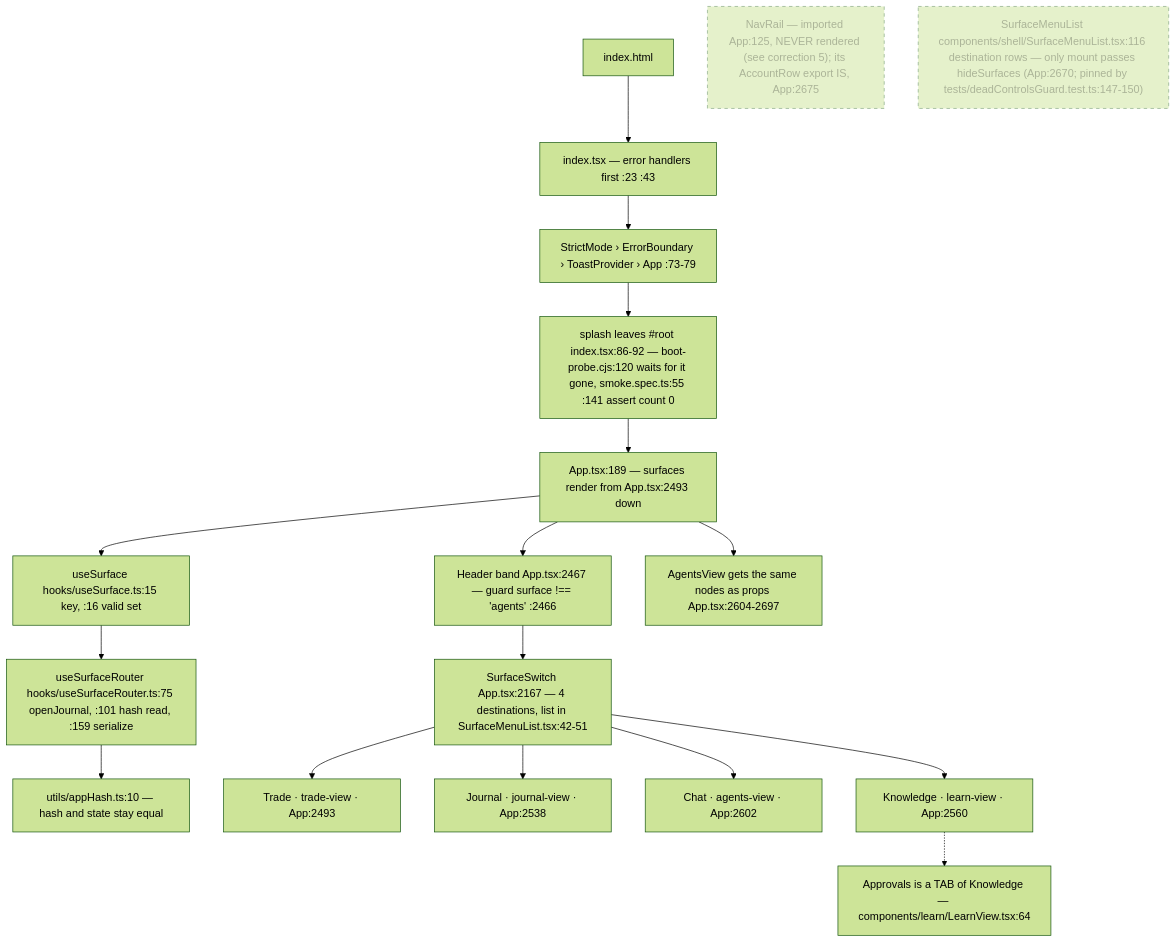
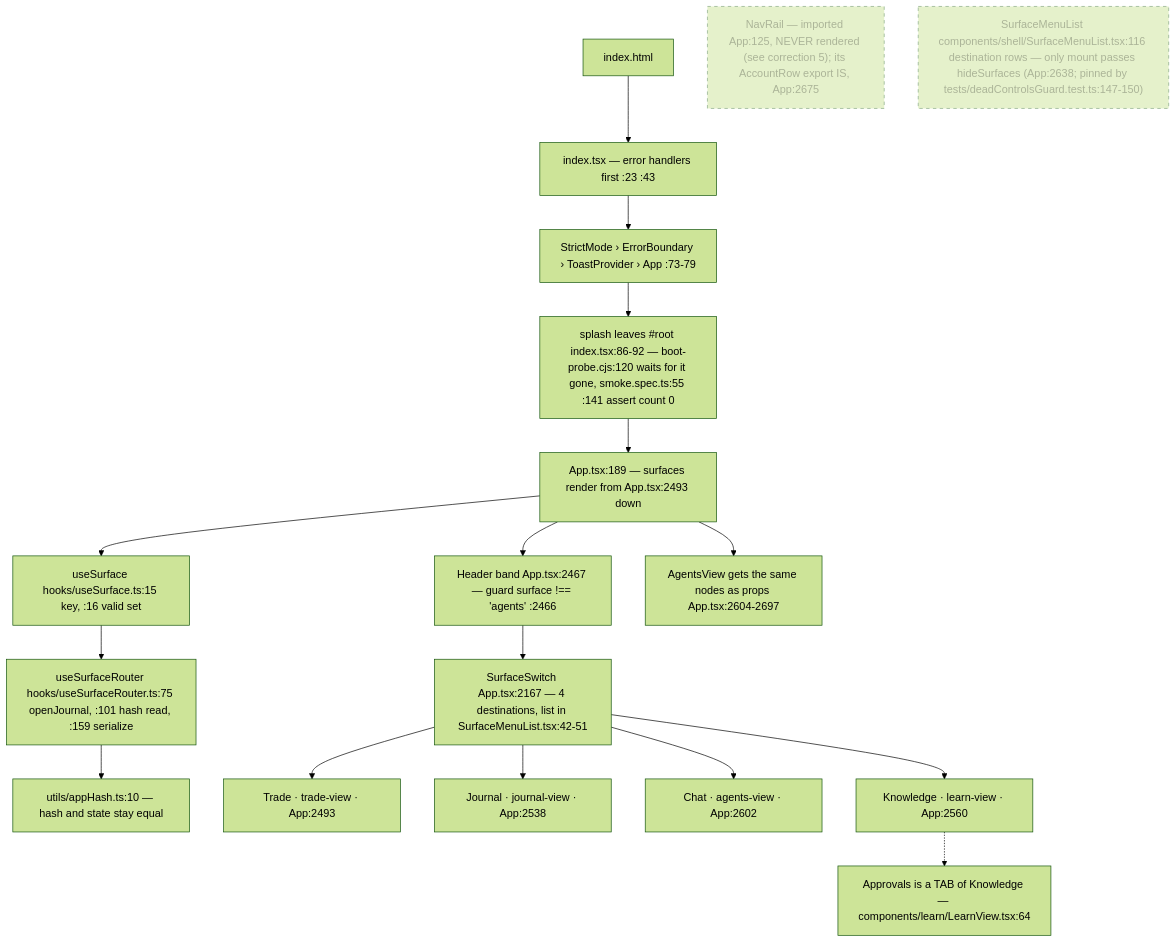
Before and after one commit to Acepay25/august-3.5: the first of 7 diagrams in docs/app-flow.md, drawn with Mermaid (forest theme). The commit also changed other lines of this file and 31 other files, not shown here.

````diff
--- a/docs/app-flow.md
+++ b/docs/app-flow.md
@@ -21,21 +21,21 @@
 ```mermaid
 flowchart TD
     H["index.html"] --> I["index.tsx — error handlers first :23 :43"]
     I --> S["StrictMode › ErrorBoundary › ToastProvider › App :73-79"]
     S --> SP["splash leaves #root index.tsx:86-92 — boot-probe.cjs:120 waits for it gone, smoke.spec.ts:55 :141 assert count 0"]
     SP --> APP["App.tsx:189 — surfaces render from App.tsx:2493 down"]
     APP --> US["useSurface hooks/useSurface.ts:15 key, :16 valid set"]
     US --> UR["useSurfaceRouter hooks/useSurfaceRouter.ts:75 openJournal, :101 hash read, :159 serialize"]
     UR --> HASH["utils/appHash.ts:10 — hash and state stay equal"]
     APP --> HD["Header band App.tsx:2467 — guard surface !== 'agents' :2466"]
     HD --> SW["SurfaceSwitch App.tsx:2167 — 4 destinations, list in SurfaceMenuList.tsx:42-51"]
     APP --> AV["AgentsView gets the same nodes as props App.tsx:2604-2697"]
     SW --> T["Trade · trade-view · App:2493"]
     SW --> J["Journal · journal-view · App:2538"]
     SW --> C["Chat · agents-view · App:2602"]
     SW --> K["Knowledge · learn-view · App:2560"]
     K -.-> AP["Approvals is a TAB of Knowledge — components/learn/LearnView.tsx:64"]
     NR["NavRail — imported App:125, NEVER rendered (see correction 5); its AccountRow export IS, App:2675"]:::dead
-    SM["SurfaceMenuList components/shell/SurfaceMenuList.tsx:116 destination rows — only mount passes hideSurfaces (App:2670; pinned by tests/deadControlsGuard.test.ts:147-150)"]:::dead
+    SM["SurfaceMenuList components/shell/SurfaceMenuList.tsx:116 destination rows — only mount passes hideSurfaces (App:2638; pinned by tests/deadControlsGuard.test.ts:147-150)"]:::dead
     classDef dead stroke-dasharray: 5 5,opacity:.5
 ```
````
